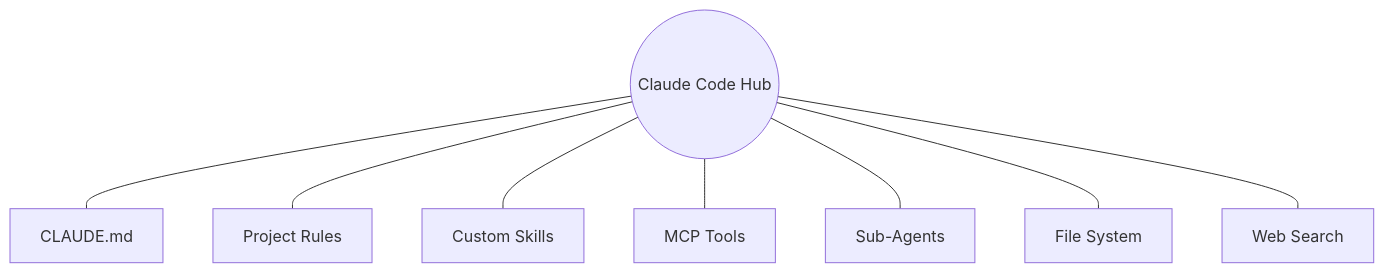
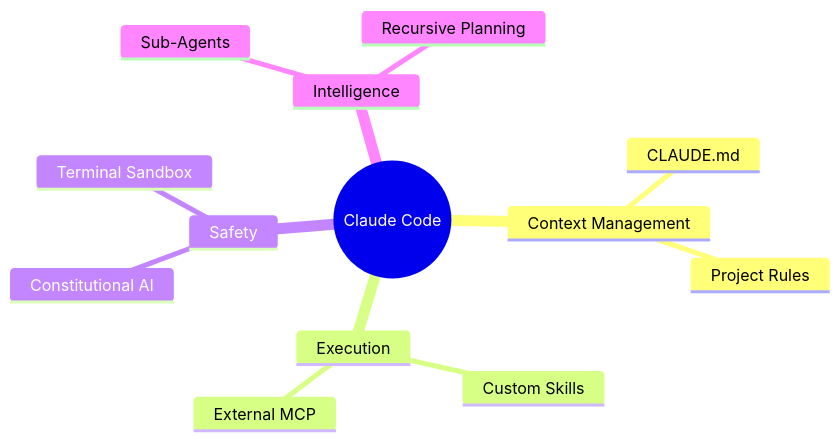
Before and after one commit to JoChanhee/ChanheeWorkspace: the second of 3 diagrams in data/claude-code-lecture.md, drawn with Mermaid. The commit also changed other lines of this file, not shown here.

Commit message:
docs: expand Claude Code lecture with 24-slide comprehensive content and advanced diagrams

````diff
--- a/data/claude-code-lecture.md
+++ b/data/claude-code-lecture.md
@@ -38,11 +54,16 @@
 ```mermaid
-graph TD
-    HubContent((Claude Code Hub))
-    HubContent --- CL[CLAUDE.md]
-    HubContent --- Rules[Project Rules]
-    HubContent --- Skills[Custom Skills]
-    HubContent --- MCP[MCP Tools]
-    HubContent --- Agent[Sub-Agents]
-    HubContent --- FS[File System]
-    HubContent --- Web[Web Search]
+mindmap
+  root((Claude Code))
+    Context Management
+      CLAUDE.md
+      Project Rules
+    Execution
+      Custom Skills
+      External MCP
+    Safety
+      Constitutional AI
+      Terminal Sandbox
+    Intelligence
+      Sub-Agents
+      Recursive Planning
 ```
````
